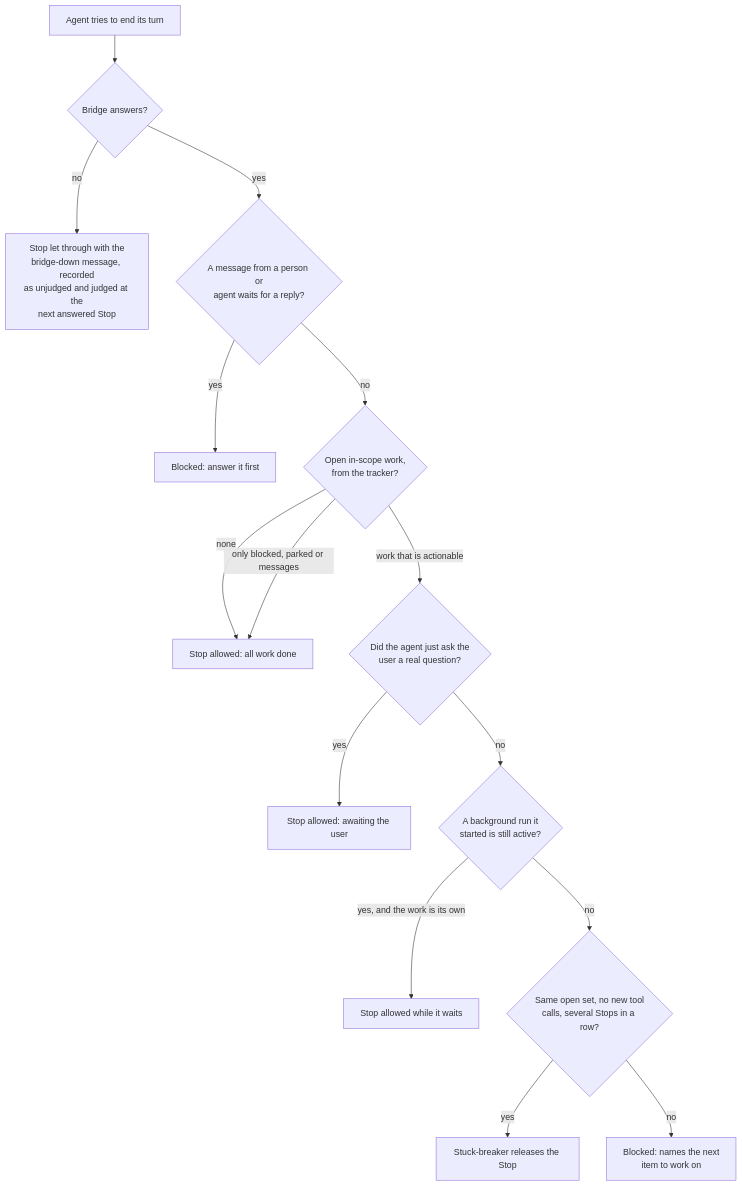
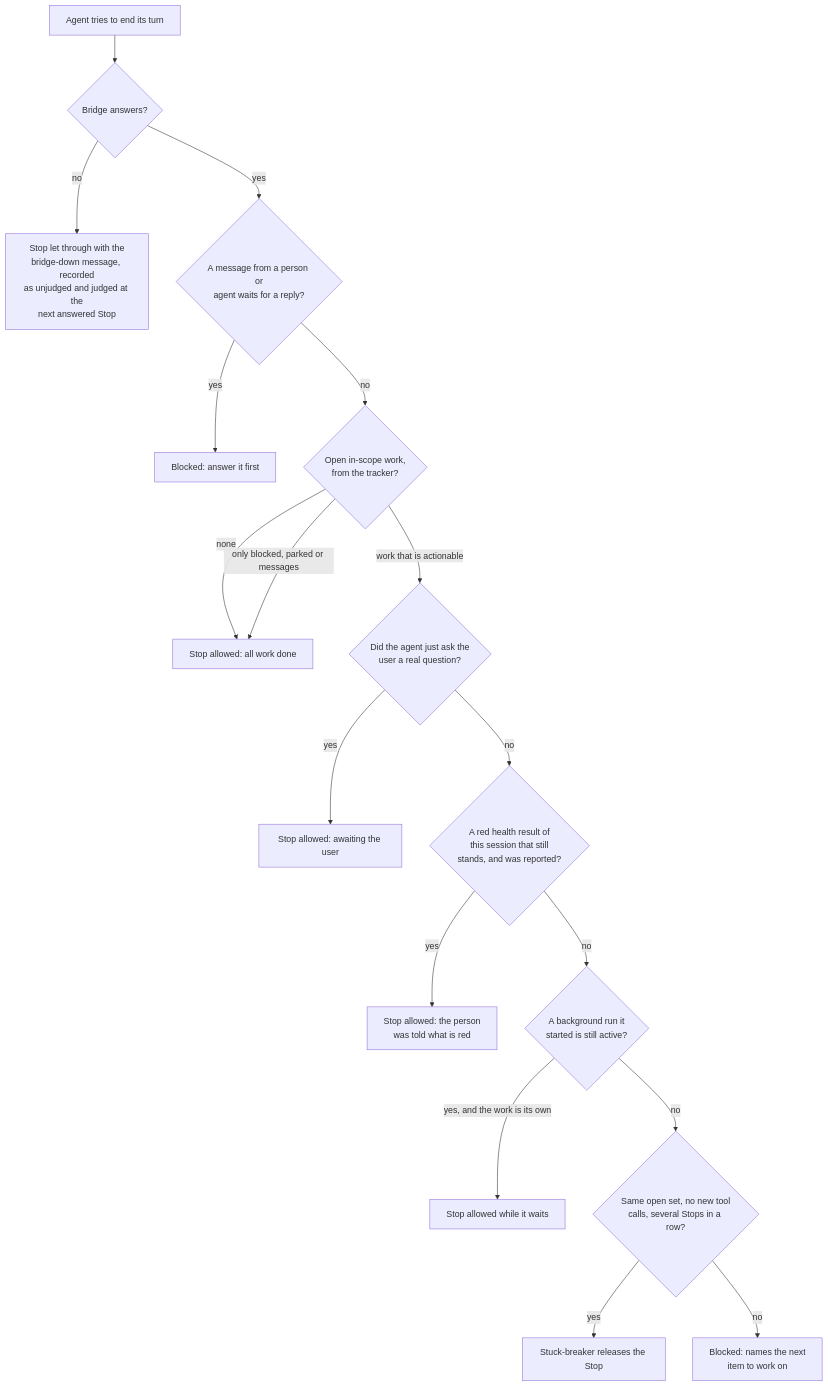
The second of 2 diagrams in docs/HOOKS_AND_SKILLS.md (DogmaSolutions/Kyklos), drawn with Mermaid before and after one commit. The commit also changed other lines of this file and 40 other files, not shown here.

````diff
--- a/docs/HOOKS_AND_SKILLS.md
+++ b/docs/HOOKS_AND_SKILLS.md
@@ -81,17 +84,19 @@
 ```mermaid
 flowchart TD
     S["Agent tries to end its turn"] --> B{"Bridge answers?"}
     B -->|"no"| U["Stop let through with the<br/>bridge-down message, recorded<br/>as unjudged and judged at the<br/>next answered Stop"]
     B -->|"yes"| M{"A message from a person or<br/>agent waits for a reply?"}
     M -->|"yes"| X1["Blocked: answer it first"]
     M -->|"no"| W{"Open in-scope work,<br/>from the tracker?"}
     W -->|"none"| OK["Stop allowed: all work done"]
     W -->|"only blocked, parked or messages"| OK
     W -->|"work that is actionable"| Q{"Did the agent just ask the<br/>user a real question?"}
     Q -->|"yes"| OK2["Stop allowed: awaiting the user"]
-    Q -->|"no"| R{"A background run it<br/>started is still active?"}
+    Q -->|"no"| HR{"A red health result of<br/>this session that still<br/>stands, and was reported?"}
+    HR -->|"yes"| OK5["Stop allowed: the person<br/>was told what is red"]
+    HR -->|"no"| R{"A background run it<br/>started is still active?"}
     R -->|"yes, and the work is its own"| OK3["Stop allowed while it waits"]
     R -->|"no"| K{"Same open set, no new tool<br/>calls, several Stops in a row?"}
     K -->|"yes"| OK4["Stuck-breaker releases the Stop"]
     K -->|"no"| X2["Blocked: names the next<br/>item to work on"]
 ```
````
